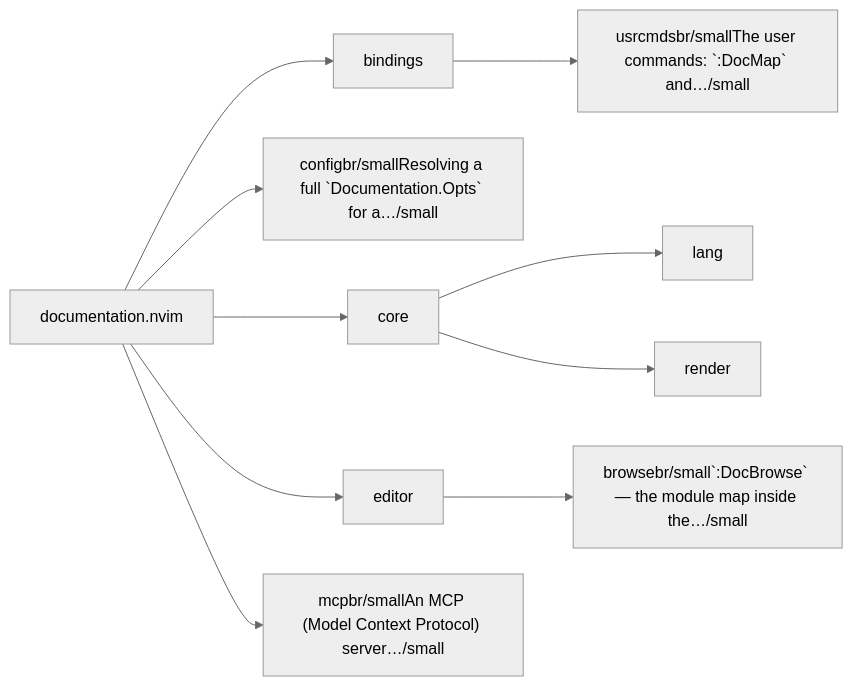
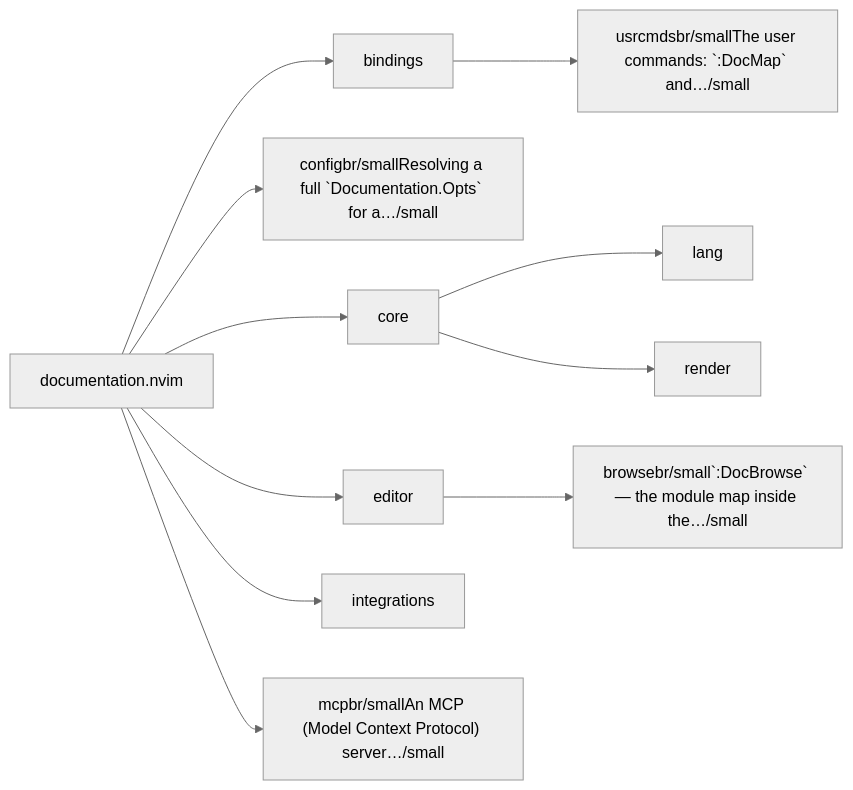
The first of 2 diagrams in docs/map/overview.md (StefanBartl/documentation.nvim), drawn with Mermaid (neutral theme) before and after one commit. The commit also changed other lines of this file and 10 other files, not shown here.

````diff
--- a/docs/map/overview.md
+++ b/docs/map/overview.md
@@ -14,22 +14,24 @@
 ```mermaid
 flowchart LR
   nlua_documentation["documentation.nvim"]
   nlua_documentation_bindings["bindings"]
   nlua_documentation_bindings_usrcmds["usrcmdsbr/smallThe user commands: `:DocMap` and…/small"]
   nlua_documentation_config["configbr/smallResolving a full `Documentation.Opts` for a…/small"]
   nlua_documentation_core["core"]
   nlua_documentation_core_lang["lang"]
   nlua_documentation_core_render["render"]
   nlua_documentation_editor["editor"]
   nlua_documentation_editor_browse["browsebr/small`:DocBrowse` — the module map inside the…/small"]
+  nlua_documentation_integrations["integrations"]
   nlua_documentation_mcp["mcpbr/smallAn MCP (Model Context Protocol) server…/small"]
   nlua_documentation --> nlua_documentation_bindings
   nlua_documentation_bindings --> nlua_documentation_bindings_usrcmds
   nlua_documentation --> nlua_documentation_config
   nlua_documentation --> nlua_documentation_core
   nlua_documentation_core --> nlua_documentation_core_lang
   nlua_documentation_core --> nlua_documentation_core_render
   nlua_documentation --> nlua_documentation_editor
   nlua_documentation_editor --> nlua_documentation_editor_browse
+  nlua_documentation --> nlua_documentation_integrations
   nlua_documentation --> nlua_documentation_mcp
 ```
````
